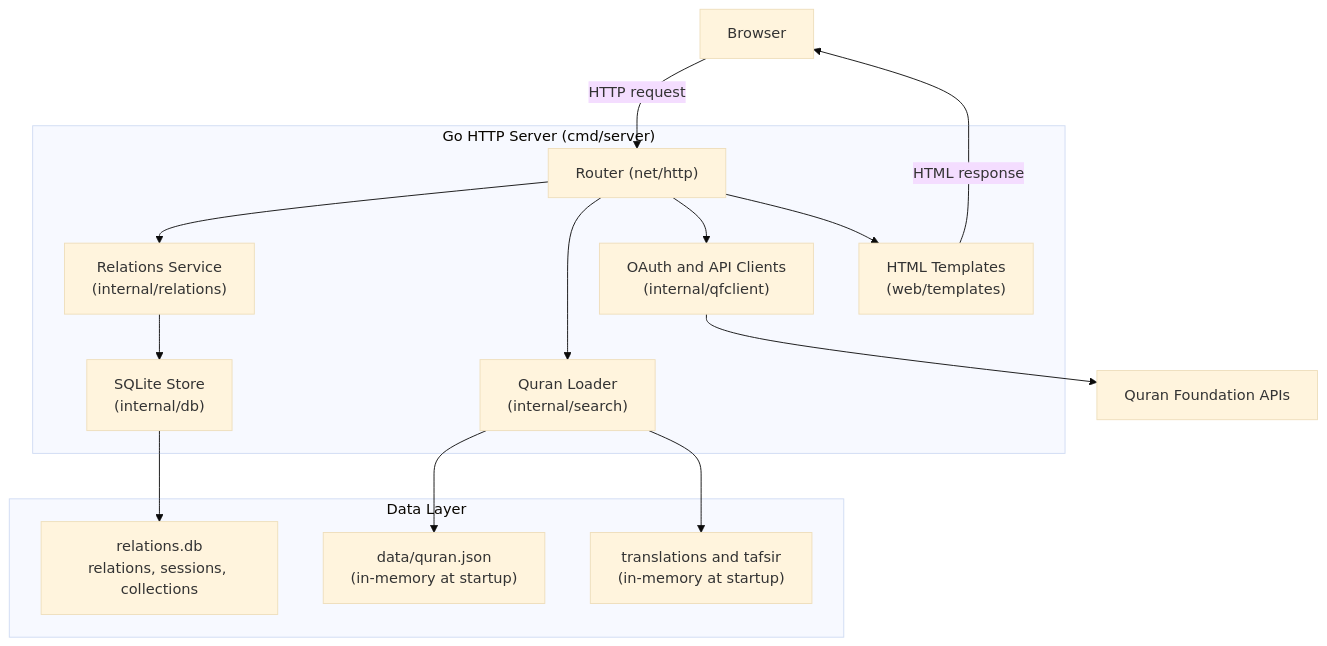
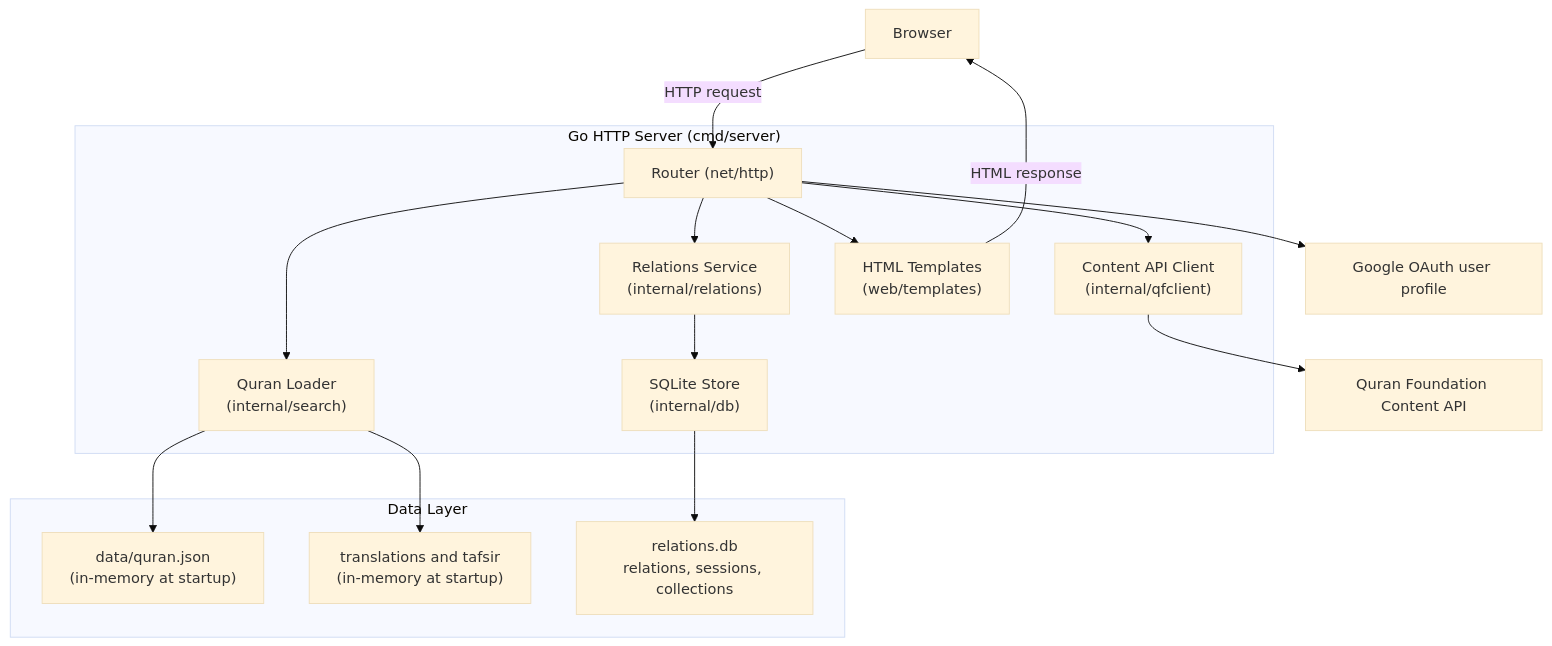
One commit to srmdn/hifzlink changed the first of 2 diagrams in docs/ARCHITECTURE.md. Above: the diagram before and after it, drawn with Mermaid (base theme). The commit also changed other lines of this file and 31 other files, not shown here.

Commit message:
Add Google sign-in and admin user overview

````diff
--- a/docs/ARCHITECTURE.md
+++ b/docs/ARCHITECTURE.md
@@ -15,32 +15,34 @@
 ```mermaid
 graph TD
     Browser["Browser"]
-    QF["Quran Foundation APIs"]
+    Google["Google OAuth user profile"]
+    QF["Quran Foundation Content API"]
 
     subgraph Server["Go HTTP Server (cmd/server)"]
         Router["Router (net/http)"]
         RelService["Relations Service\n(internal/relations)"]
         Search["Quran Loader\n(internal/search)"]
         DB["SQLite Store\n(internal/db)"]
-        QFClient["OAuth and API Clients\n(internal/qfclient)"]
+        QFClient["Content API Client\n(internal/qfclient)"]
         Templates["HTML Templates\n(web/templates)"]
     end
 
     subgraph Data["Data Layer"]
         QuranJSON["data/quran.json\n(in-memory at startup)"]
         ContentJSON["translations and tafsir\n(in-memory at startup)"]
         SQLiteDB["relations.db\nrelations, sessions, collections"]
     end
 
     Browser -->|HTTP request| Router
     Router --> RelService
     Router --> Search
     RelService --> DB
     DB --> SQLiteDB
     Search --> QuranJSON
     Search --> ContentJSON
     Router --> QFClient
     QFClient --> QF
+    Router --> Google
     Router --> Templates
     Templates -->|HTML response| Browser
 ```
````
